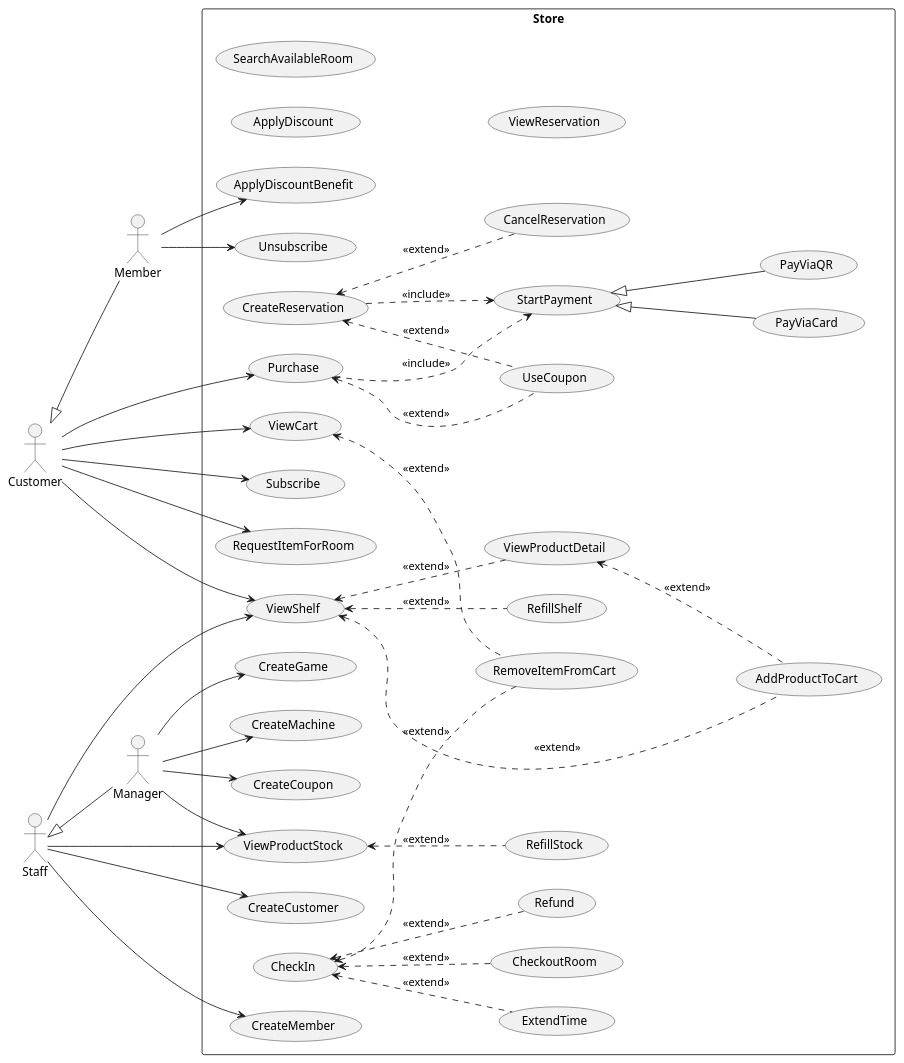
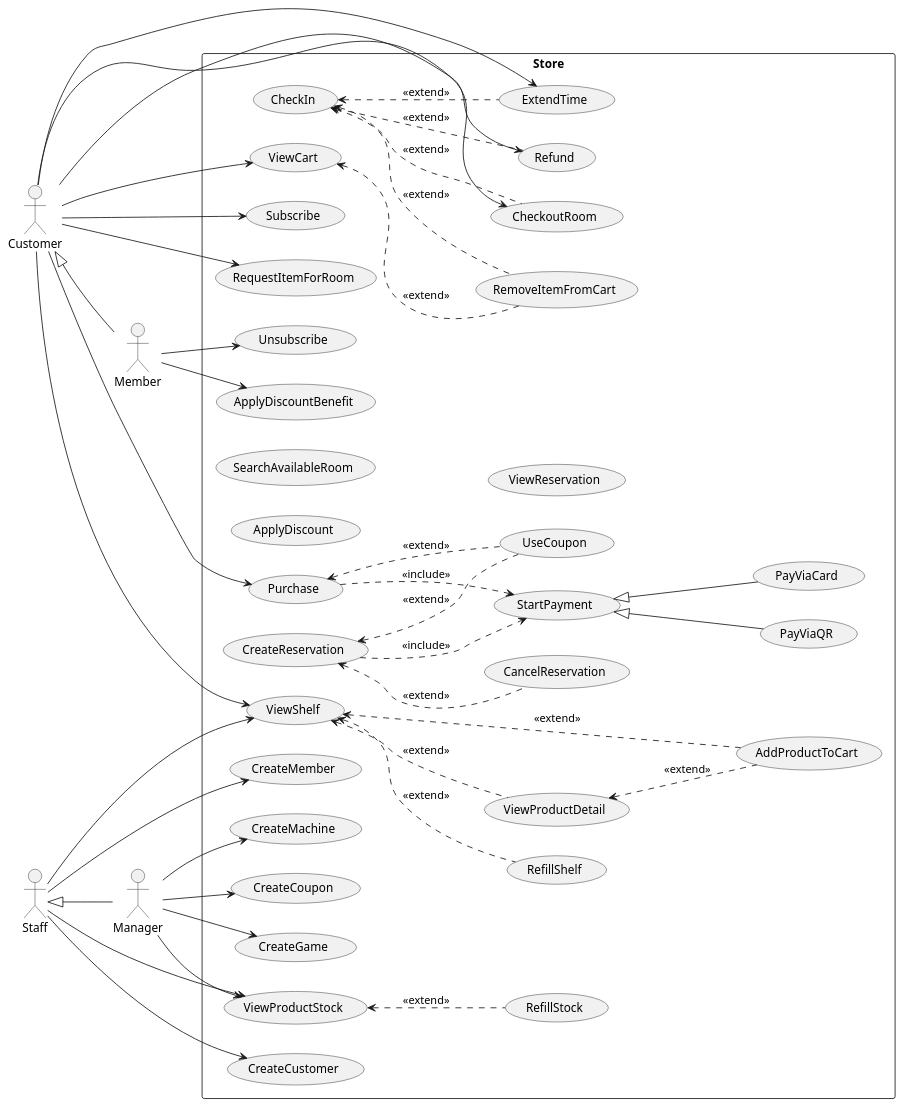
The diagram in UseCaseDiagram/usecase_diagram.puml (WaroonRagwongsiri/OOP_Project), drawn with PlantUML before and after one commit.

Commit message:
Update Usecase Diagram

```diff
--- a/UseCaseDiagram/usecase_diagram.puml
+++ b/UseCaseDiagram/usecase_diagram.puml
@@ -1,111 +1,114 @@
 @startuml UseCaseDiagram
 left to right direction
 
 ' =========================
 ' Actors (from hierarchy in Class Diagram)
 ' =========================
 actor "Customer" as A_Customer
 actor "Member" as A_Member
 actor "Staff" as A_Staff
 actor "Manager" as A_Manager
 
 A_Customer <|-- A_Member
 A_Staff <|-- A_Manager
 
 rectangle "Store" {
 
 	'Customer'
 	usecase "AddProductToCart" as UC_AddProductToCart
 	usecase "ViewCart" as UC_ViewCart
 	usecase "RemoveItemFromCart" as UC_RemoveItemFromCart
 	usecase "ViewShelf" as UC_ViewShelf
 	usecase "ViewProductDetail" as UC_ViewProductDetail
 	usecase "Purchase" as UC_Purchase
 	usecase "UseCoupon" as UC_UseCoupon
 	usecase "Subscribe" as UC_Subscribe
 
 	'Payment'
 	usecase "StartPayment" as UC_StartPayment
 	usecase "PayViaCard" as UC_PayViaCard
 	usecase "PayViaQR" as UC_PayViaQR
 
 	'Member'
 	usecase "ApplyDiscountBenefit" as UC_ApplyDiscountBenefit
 	usecase "Unsubscribe" as UC_Unsubscribe
 
 	'Staff'
 	usecase "ApplyDiscount" as UC_ApplyDiscount
 	usecase "CreateCustomer" as UC_CreateCustomer
 	usecase "CreateMember" as UC_CreateMember
 
 	'Manager'
 	usecase "CreateGame" as UC_CreateGame
 	usecase "CreateMachine" as UC_CreateMachine
 	usecase "ViewProductStock" as UC_ViewProductStock
 	usecase "ViewShelf" as UC_ViewShelf
 	usecase "RefillShelf" as UC_RefillShelf
 	usecase "CreateCoupon" as UC_CreateCoupon
 	usecase "RefillStock" as UC_RefillStock
 
 	'Room Reservation'
 	usecase "SearchAvailableRoom" as UC_SearchAvailableRoom
 	usecase "CreateReservation" as UC_CreateReservation
 	usecase "ViewReservation" as UC_ViewReservation
 	usecase "CancelReservation" as UC_CancelReservation
 	usecase "CheckIn" as UC_CheckIn
 	usecase "ExtendTime" as UC_ExtendTime
 	usecase "CheckoutRoom" as UC_CheckoutRoom
 	usecase "Refund" as UC_Refund
 	usecase "RequestItemForRoom" as UC_RequestItemForRoom
 }
 
 'Customer'
 A_Customer --> UC_ViewCart
 A_Customer --> UC_ViewShelf
 A_Customer --> UC_Purchase
 A_Customer --> UC_Subscribe
+A_Customer --> UC_Refund
+A_Customer --> UC_ExtendTime
 A_Customer --> UC_RequestItemForRoom
+A_Customer --> UC_CheckoutRoom
 
 UC_ViewShelf <.. UC_AddProductToCart : <<extend>>
 UC_ViewShelf <.. UC_ViewProductDetail : <<extend>>
 
 UC_ViewProductDetail <.. UC_AddProductToCart : <<extend>>
 
 UC_ViewCart <.. UC_RemoveItemFromCart : <<extend>>
 
 UC_Purchase <.. UC_UseCoupon : <<extend>>
 UC_Purchase ..> UC_StartPayment : <<include>>
 
 'Payment'
 UC_StartPayment <|-- UC_PayViaCard
 UC_StartPayment <|-- UC_PayViaQR
 
 'Member'
 A_Member --> UC_ApplyDiscountBenefit
 A_Member --> UC_Unsubscribe
 
 'Staff'
 A_Staff --> UC_ViewProductStock
 A_Staff --> UC_CreateCustomer
 A_Staff --> UC_CreateMember
 A_Staff --> UC_ViewShelf
 
 UC_CheckIn <.. UC_Refund : <<extend>>
 UC_CheckIn <.. UC_ExtendTime : <<extend>>
 UC_CheckIn <.. UC_RemoveItemFromCart : <<extend>>
 UC_CheckIn <.. UC_CheckoutRoom : <<extend>>
 
 UC_ViewProductStock <.. UC_RefillStock : <<extend>>
 UC_ViewShelf <.. UC_RefillShelf : <<extend>>
 
 'Manager'
 A_Manager --> UC_CreateCoupon
 A_Manager --> UC_ViewProductStock
 A_Manager --> UC_CreateGame
 A_Manager --> UC_CreateMachine
 
 UC_CreateReservation ..> UC_StartPayment : <<include>>
 UC_CreateReservation <.. UC_UseCoupon : <<extend>>
 UC_CreateReservation <.. UC_CancelReservation : <<extend>>
 
 @enduml
```
